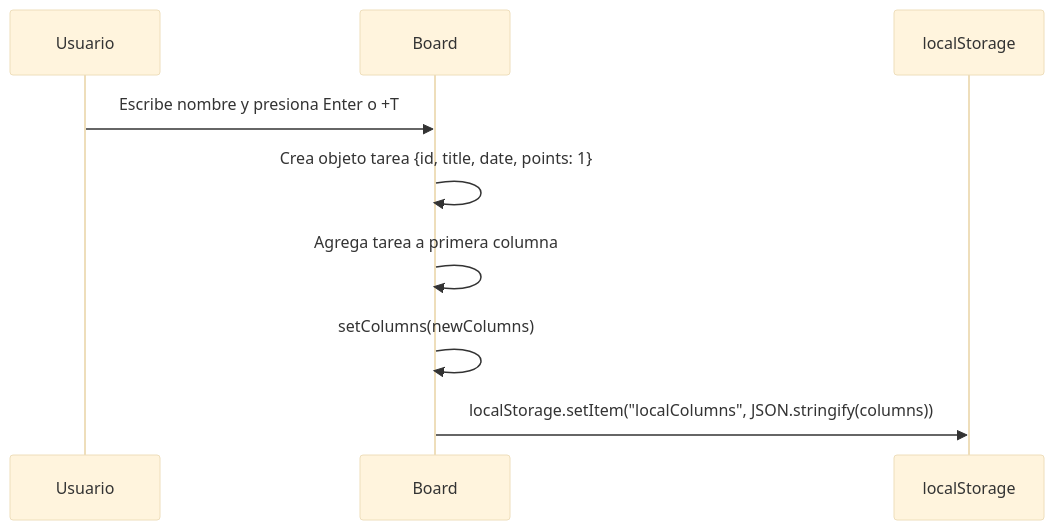
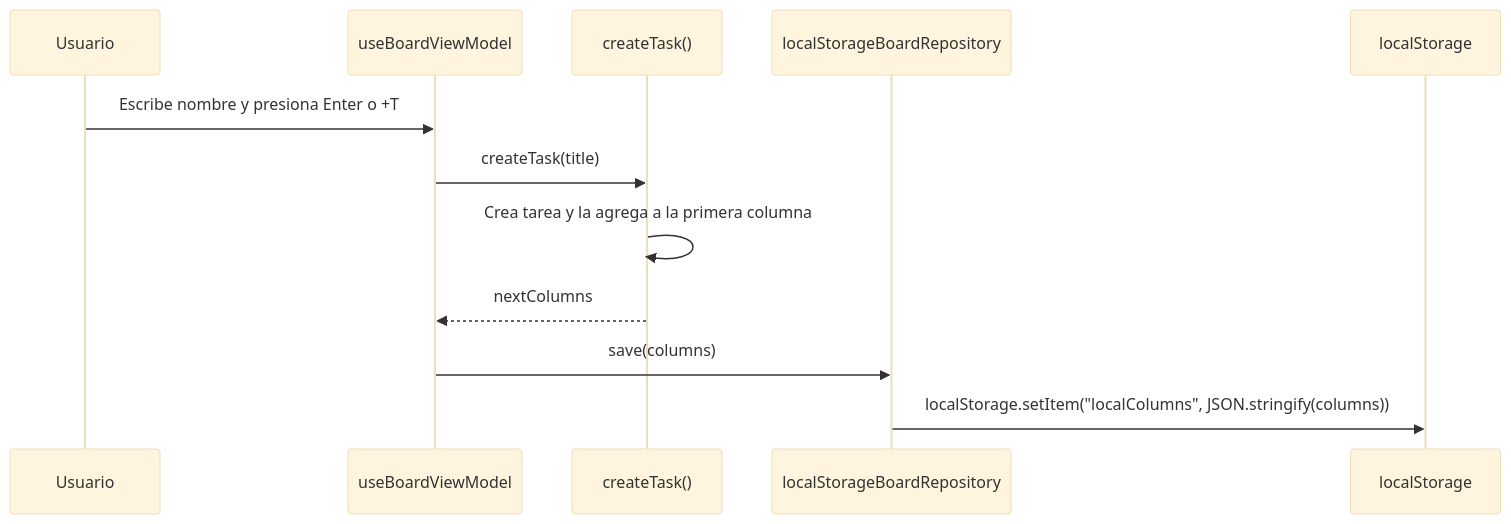
Before and after one commit to jrodrigopuca/KanbanBoard: the third of 3 diagrams in docs/architecture.md, drawn with Mermaid (base theme). The commit also changed other lines of this file and 42 other files, not shown here.

````diff
--- a/docs/architecture.md
+++ b/docs/architecture.md
@@ -86,12 +95,15 @@
 ```mermaid
 sequenceDiagram
     participant U as Usuario
-    participant B as Board
+    participant VM as useBoardViewModel
+    participant UC as createTask()
+    participant R as localStorageBoardRepository
     participant LS as localStorage
 
-    U->>B: Escribe nombre y presiona Enter o +T
-    B->>B: Crea objeto tarea {id, title, date, points: 1}
-    B->>B: Agrega tarea a primera columna
-    B->>B: setColumns(newColumns)
-    B->>LS: localStorage.setItem("localColumns", JSON.stringify(columns))
+    U->>VM: Escribe nombre y presiona Enter o +T
+    VM->>UC: createTask(title)
+    UC->>UC: Crea tarea y la agrega a la primera columna
+    UC-->>VM: nextColumns
+    VM->>R: save(columns)
+    R->>LS: localStorage.setItem("localColumns", JSON.stringify(columns))
 ```
````
